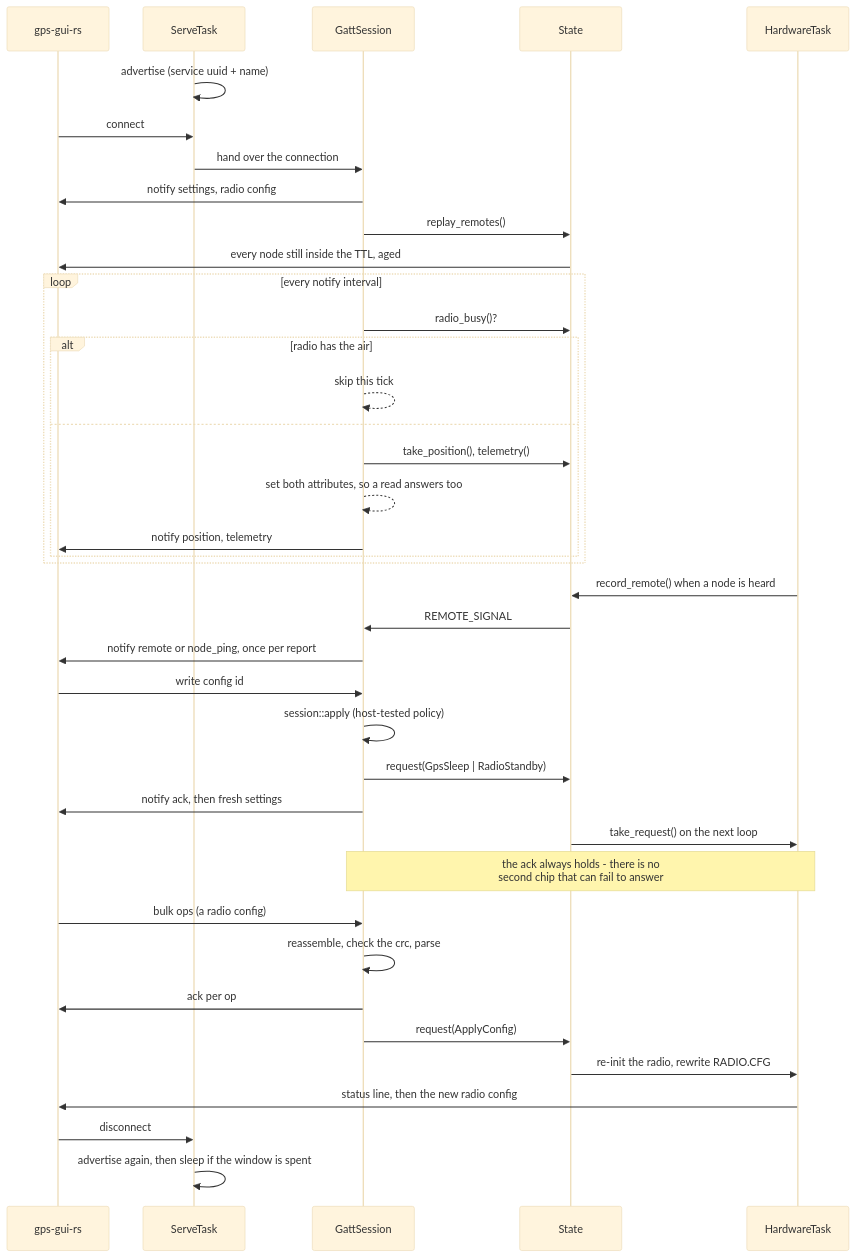
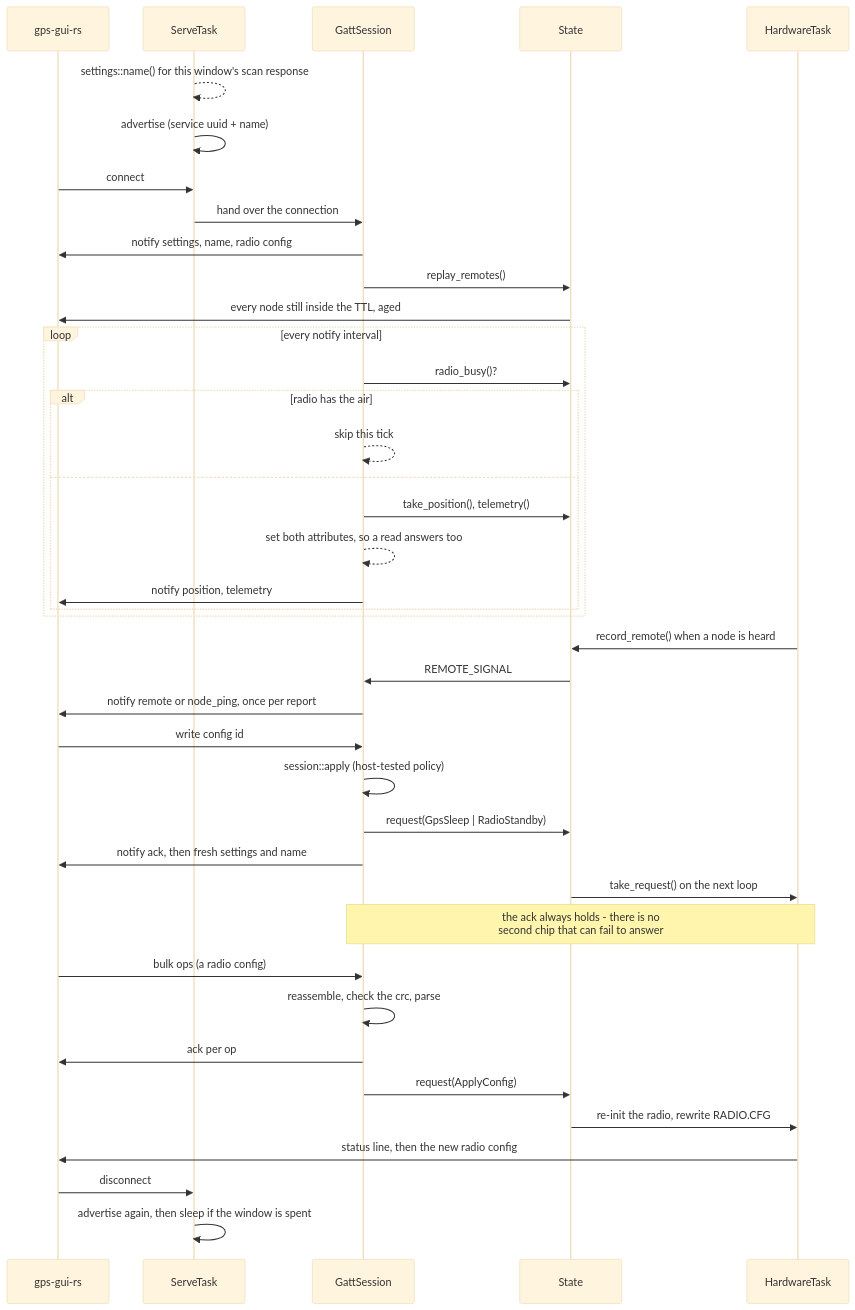
The third of 9 diagrams in ARCHITECTURE.md (Telemety-In-Midair/telemetry-in-midair-rs), drawn with Mermaid (base theme) before and after one commit. The commit also changed other lines of this file and 12 other files, not shown here.

````diff
--- a/ARCHITECTURE.md
+++ b/ARCHITECTURE.md
@@ -247,47 +248,48 @@
 ```mermaid
 sequenceDiagram
     participant App as gps-gui-rs
     participant Serve as ServeTask
     participant Gatt as GattSession
     participant St as State
     participant Hw as HardwareTask
 
+    Serve-->>Serve: settings::name() for this window's scan response
     Serve->>Serve: advertise (service uuid + name)
     App->>Serve: connect
     Serve->>Gatt: hand over the connection
-    Gatt->>App: notify settings, radio config
+    Gatt->>App: notify settings, name, radio config
     Gatt->>St: replay_remotes()
     St->>App: every node still inside the TTL, aged
 
     loop every notify interval
         Gatt->>St: radio_busy()?
         alt radio has the air
             Gatt-->>Gatt: skip this tick
         else
             Gatt->>St: take_position(), telemetry()
             Gatt-->>Gatt: set both attributes, so a read answers too
             Gatt->>App: notify position, telemetry
         end
     end
 
     Hw->>St: record_remote() when a node is heard
     St->>Gatt: REMOTE_SIGNAL
     Gatt->>App: notify remote or node_ping, once per report
 
     App->>Gatt: write config id
     Gatt->>Gatt: session::apply (host-tested policy)
     Gatt->>St: request(GpsSleep | RadioStandby)
-    Gatt->>App: notify ack, then fresh settings
+    Gatt->>App: notify ack, then fresh settings and name
     St->>Hw: take_request() on the next loop
     Note over Gatt,Hw: the ack always holds - there is no<br/>second chip that can fail to answer
 
     App->>Gatt: bulk ops (a radio config)
     Gatt->>Gatt: reassemble, check the crc, parse
     Gatt->>App: ack per op
     Gatt->>St: request(ApplyConfig)
     St->>Hw: re-init the radio, rewrite RADIO.CFG
     Hw->>App: status line, then the new radio config
 
     App->>Serve: disconnect
     Serve->>Serve: advertise again, then sleep if the window is spent
 ```
````
